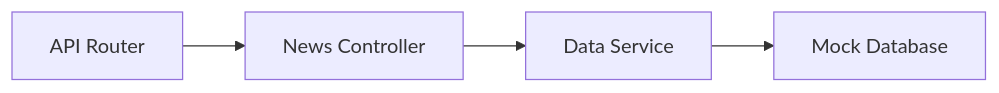
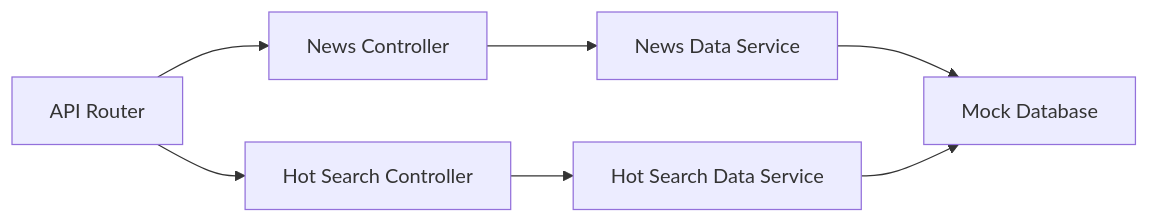
The second of 3 diagrams in .trae/documents/arch.md (TokerClay/Project-2), drawn with Mermaid before and after one commit. The commit also changed other lines of this file and 8 other files, not shown here.

````diff
--- a/.trae/documents/arch.md
+++ b/.trae/documents/arch.md
@@ -89,6 +121,9 @@
 ```mermaid
 graph LR
     A[API Router] --> B[News Controller]
-    B --> C[Data Service]
-    C --> D[Mock Database]
+    A --> C[Hot Search Controller]
+    B --> D[News Data Service]
+    C --> E[Hot Search Data Service]
+    D --> F[Mock Database]
+    E --> F
 ```
````
